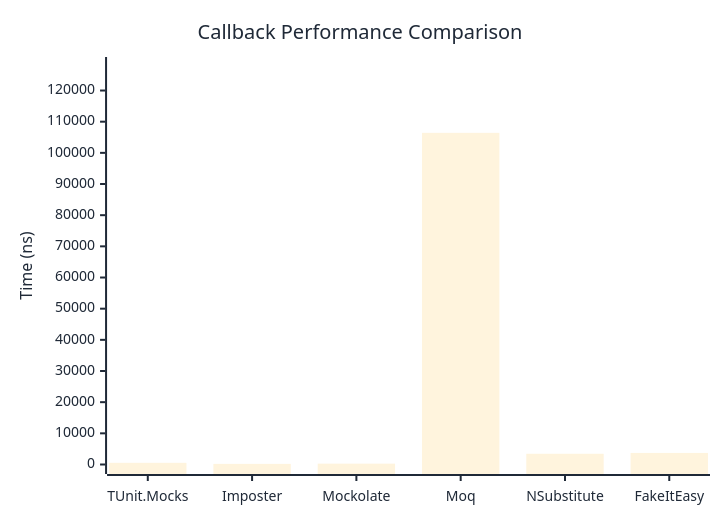
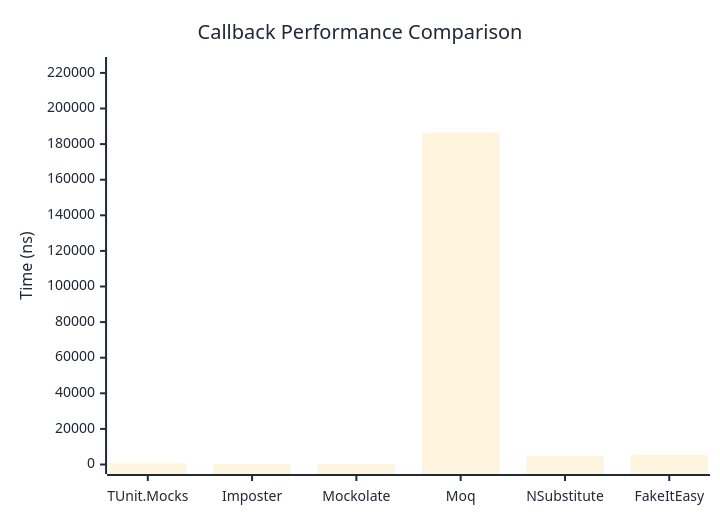
Before and after one commit to thomhurst/TUnit: the first of 2 diagrams in docs/docs/benchmarks/mocks/Callback.md, drawn with Mermaid. The commit also changed other lines of this file and 14 other files, not shown here.

````diff
--- a/docs/docs/benchmarks/mocks/Callback.md
+++ b/docs/docs/benchmarks/mocks/Callback.md
@@ -30,27 +30,27 @@
 ```mermaid
 %%{init: {
   'theme':'base',
   'themeVariables': {
     'primaryColor': '#2563eb',
     'primaryTextColor': '#1f2937',
     'primaryBorderColor': '#1e40af',
     'lineColor': '#6b7280',
     'secondaryColor': '#7c3aed',
     'tertiaryColor': '#dc2626',
     'background': '#ffffff',
     'pie1': '#2563eb',
     'pie2': '#7c3aed',
     'pie3': '#dc2626',
     'pie4': '#f59e0b',
     'pie5': '#10b981',
     'pie6': '#06b6d4',
     'pie7': '#ec4899',
     'pie8': '#6366f1'
   }
 }}%%
 xychart-beta
   title "Callback Performance Comparison"
   x-axis ["TUnit.Mocks", "Imposter", "Mockolate", "Moq", "NSubstitute", "FakeItEasy"]
-  y-axis "Time (ns)" 0 --> 127708
-  bar [536.5, 202.3, 270.9, 106423.1, 3444.8, 3709.9]
+  y-axis "Time (ns)" 0 --> 223598
+  bar [666.8, 247.4, 347.3, 186331, 4812.7, 5247.2]
 ```
````
